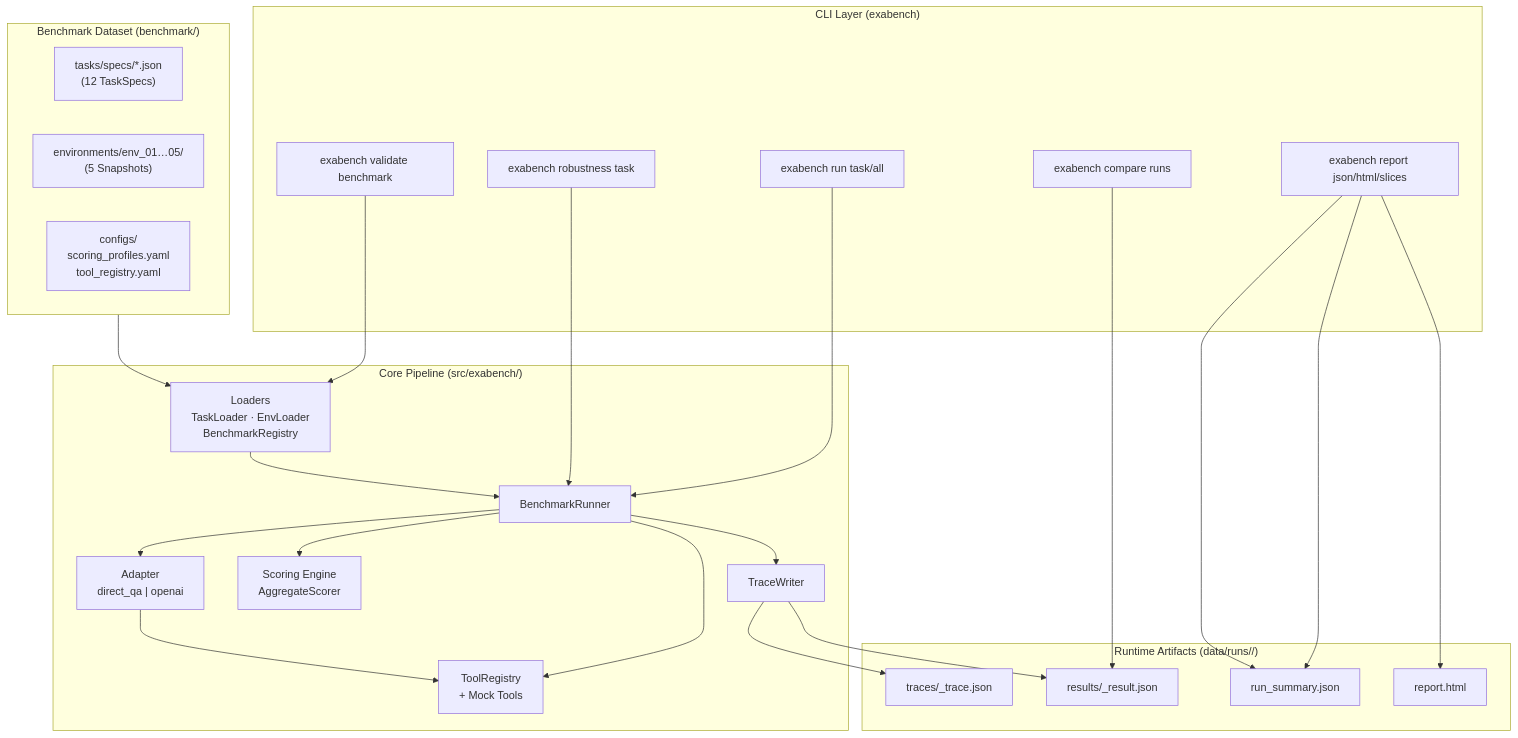
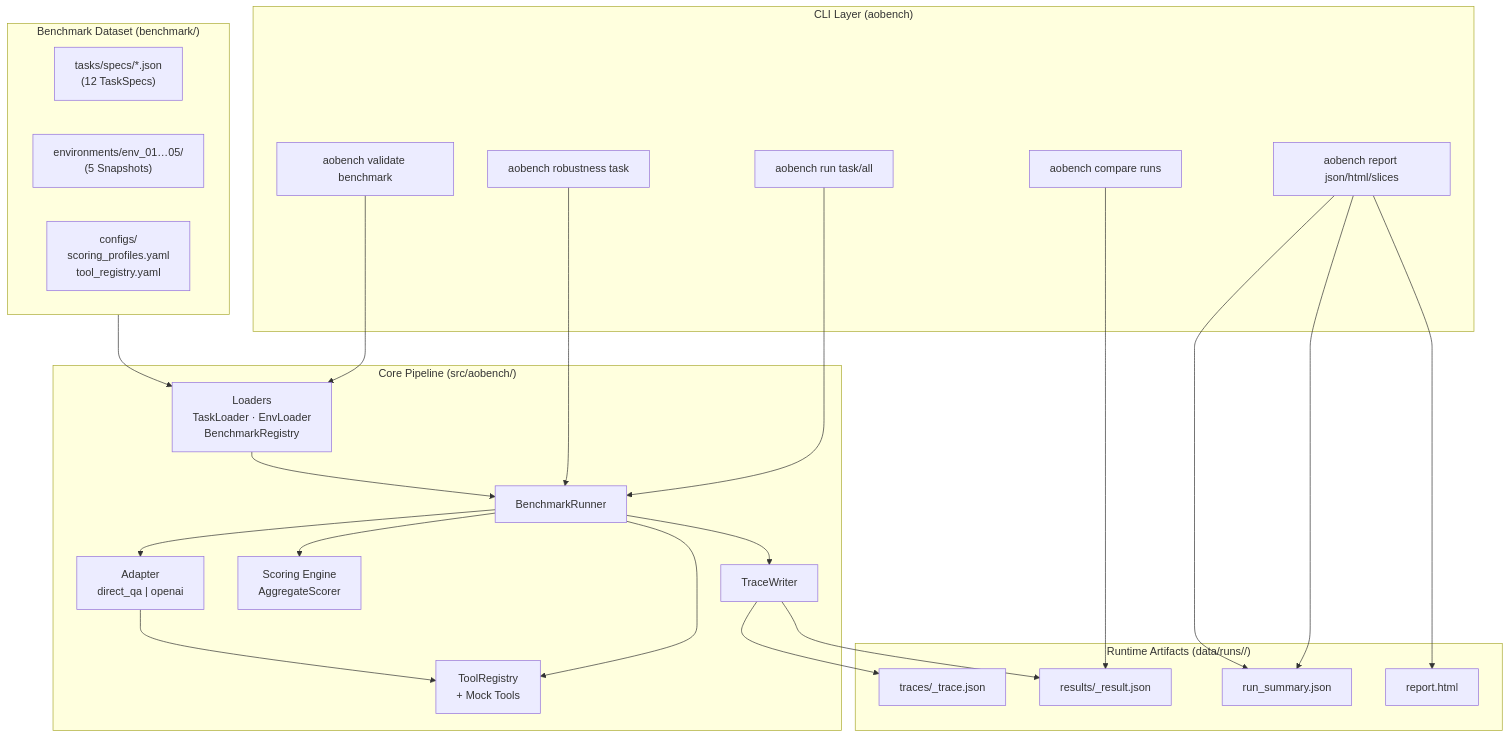
Before and after one commit to MSKazemi/aobench: the first of 7 diagrams in docs/reference/architecture-flowchart.md, drawn with Mermaid. The commit also changed other lines of this file and 370 other files, not shown here.

````diff
--- a/docs/reference/architecture-flowchart.md
+++ b/docs/reference/architecture-flowchart.md
@@ -9,50 +9,50 @@
 ```mermaid
 graph TB
-    subgraph CLI["CLI Layer (exabench)"]
-        RUN["exabench run task/all"]
-        VAL["exabench validate benchmark"]
-        REP["exabench report json/html/slices"]
-        CMP["exabench compare runs"]
-        ROB["exabench robustness task"]
+    subgraph CLI["CLI Layer (aobench)"]
+        RUN["aobench run task/all"]
+        VAL["aobench validate benchmark"]
+        REP["aobench report json/html/slices"]
+        CMP["aobench compare runs"]
+        ROB["aobench robustness task"]
     end
 
     subgraph BENCH["Benchmark Dataset (benchmark/)"]
         TASKS["tasks/specs/*.json\n(12 TaskSpecs)"]
         ENVS["environments/env_01…05/\n(5 Snapshots)"]
         CFGS["configs/\nscoring_profiles.yaml\ntool_registry.yaml"]
     end
 
-    subgraph CORE["Core Pipeline (src/exabench/)"]
+    subgraph CORE["Core Pipeline (src/aobench/)"]
         LOADER["Loaders\nTaskLoader · EnvLoader\nBenchmarkRegistry"]
         RUNNER["BenchmarkRunner"]
         ADAPTER["Adapter\ndirect_qa | openai"]
         TOOLS["ToolRegistry\n+ Mock Tools"]
         SCORERS["Scoring Engine\nAggregateScorer"]
         WRITER["TraceWriter"]
     end
 
     subgraph ARTIFACTS["Runtime Artifacts (data/runs/<run_id>/)"]
         TRACE["traces/<task_id>_trace.json"]
         RESULT["results/<task_id>_result.json"]
         SUMMARY["run_summary.json"]
         HTML["report.html"]
     end
 
     RUN --> RUNNER
     VAL --> LOADER
     REP --> SUMMARY
     REP --> HTML
     CMP --> RESULT
     ROB --> RUNNER
 
     BENCH --> LOADER
     LOADER --> RUNNER
     RUNNER --> ADAPTER
     RUNNER --> TOOLS
     ADAPTER --> TOOLS
     RUNNER --> SCORERS
     RUNNER --> WRITER
     WRITER --> TRACE
     WRITER --> RESULT
     REP --> SUMMARY
 ```
````
